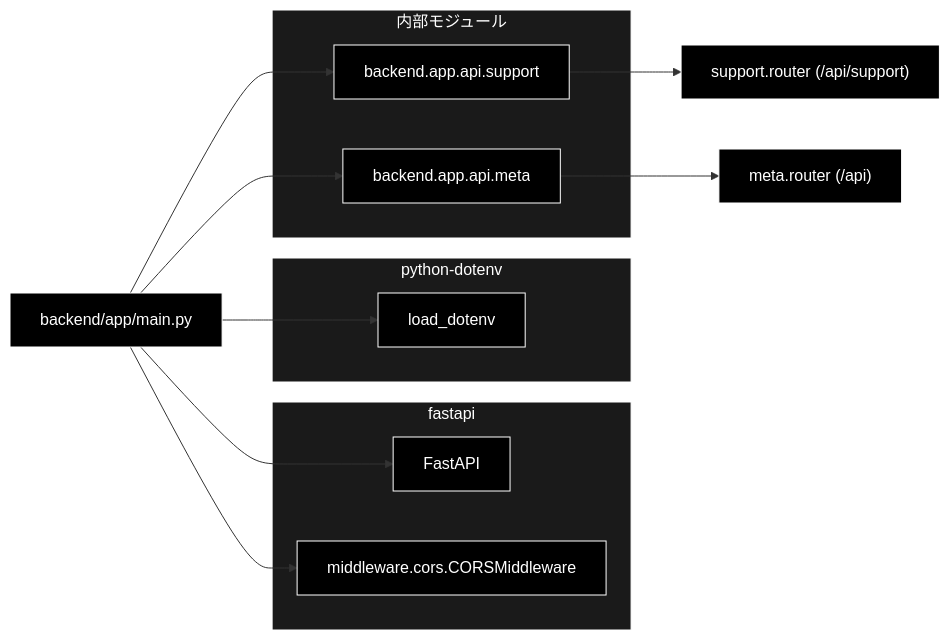
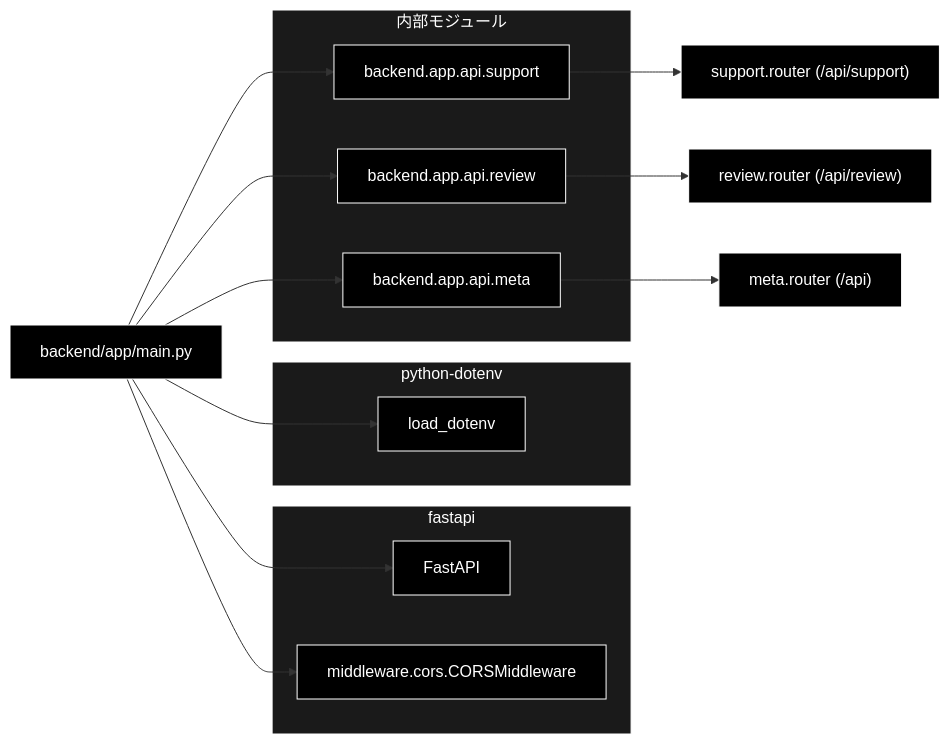
The third of 3 diagrams in backend/docs/main.md (nakashima2toshio/grace_v2), drawn with Mermaid before and after one commit. The commit also changed other lines of this file and 9 other files, not shown here.

````diff
--- a/backend/docs/main.md
+++ b/backend/docs/main.md
@@ -500,32 +507,35 @@
 ```mermaid
 flowchart LR
     MAIN["backend/app/main.py"]
 
     subgraph FASTAPI["fastapi"]
         FAPP["FastAPI"]
         FCORS["middleware.cors.CORSMiddleware"]
     end
 
     subgraph DOTENVLIB["python-dotenv"]
         LD["load_dotenv"]
     end
 
     subgraph INTERNAL["内部モジュール"]
         SUP["backend.app.api.support"]
+        REV["backend.app.api.review"]
         MET["backend.app.api.meta"]
     end
 
     MAIN --> FAPP
     MAIN --> FCORS
     MAIN --> LD
     MAIN --> SUP
+    MAIN --> REV
     MAIN --> MET
     SUP --> SUPR["support.router (/api/support)"]
+    REV --> REVR["review.router (/api/review)"]
     MET --> METR["meta.router (/api)"]
 classDef default fill:#000,stroke:#fff,color:#fff
 classDef subgraphStyle fill:#1a1a1a,stroke:#fff,color:#fff
-class MAIN,FAPP,FCORS,LD,SUP,MET,SUPR,METR default
+class MAIN,FAPP,FCORS,LD,SUP,REV,MET,SUPR,REVR,METR default
 style FASTAPI fill:#1a1a1a,stroke:#fff,color:#fff
 style DOTENVLIB fill:#1a1a1a,stroke:#fff,color:#fff
 style INTERNAL fill:#1a1a1a,stroke:#fff,color:#fff
 ```
````
